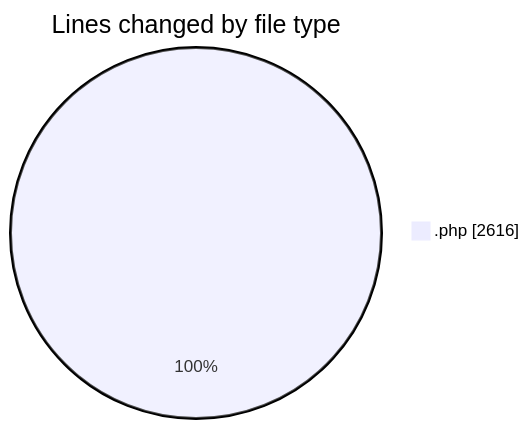
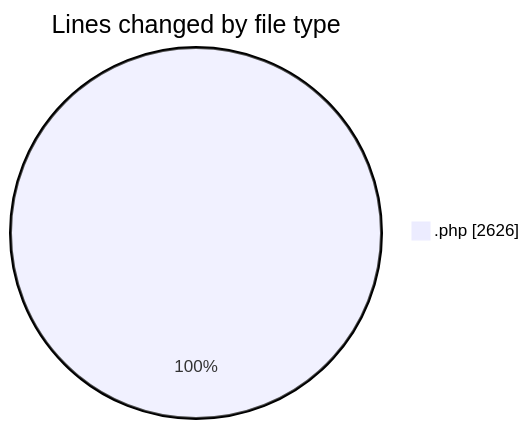
Before and after one commit to debugP/code-tracking: the first of 2 diagrams in 2025-10-24/untitled__workspace_/README.md, drawn with Mermaid. The commit also changed other lines of this file and 1 other file, not shown here.

````diff
--- a/2025-10-24/untitled__workspace_/README.md
+++ b/2025-10-24/untitled__workspace_/README.md
@@ -22,5 +22,5 @@
 ```mermaid
 pie showData
 title Lines changed by file type
-".php" : 2616
+".php" : 2626
 ```
````
